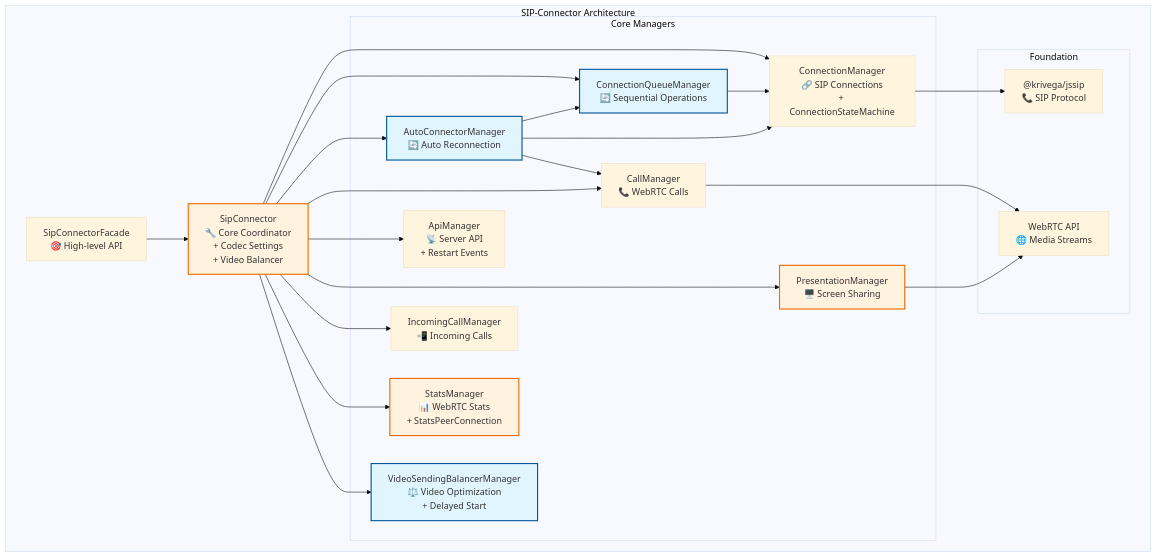
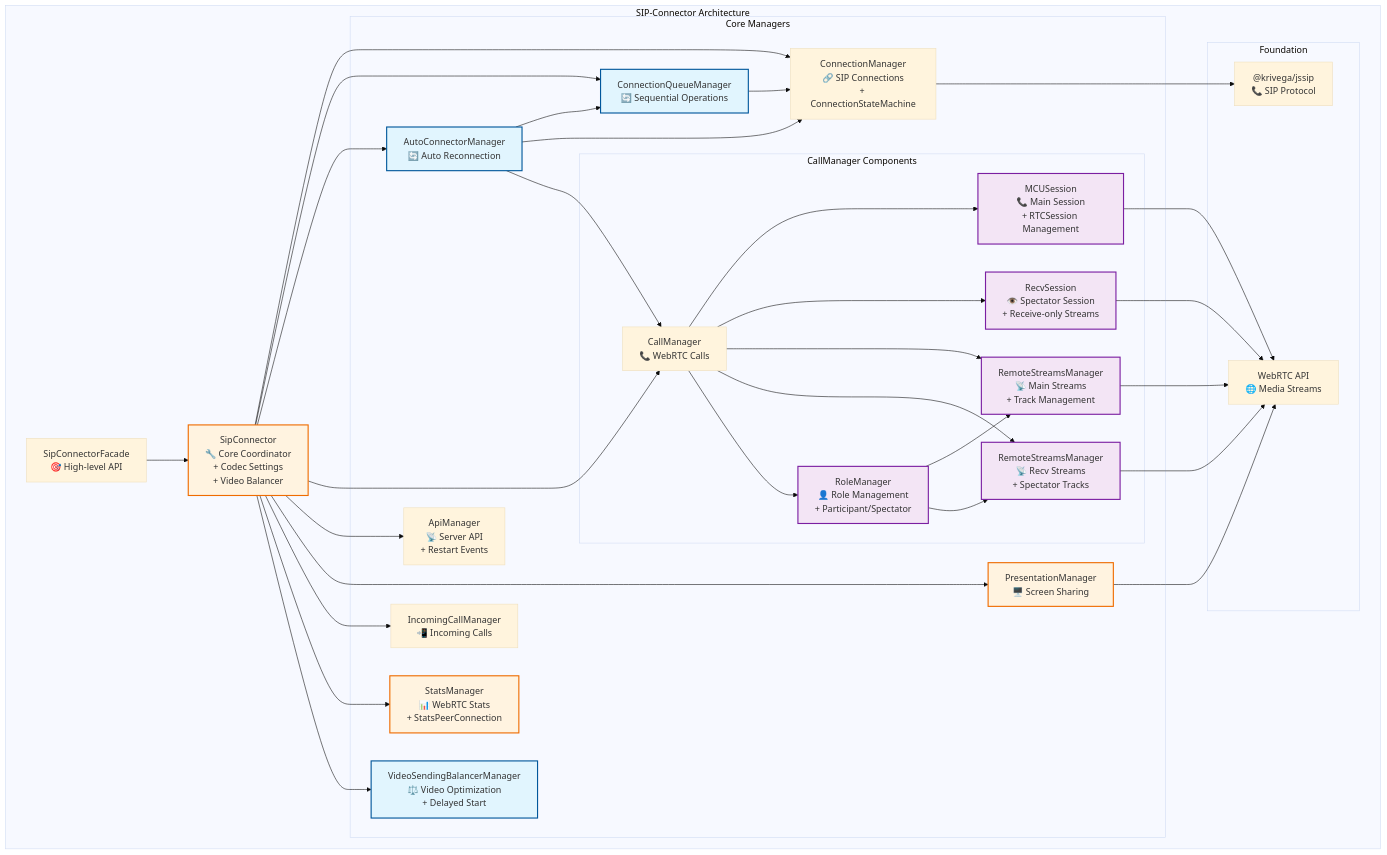
The diagram in docs/arch.md (Krivega/sip-connector), drawn with Mermaid (base theme) before and after one commit. The commit also changed other lines of this file and 74 other files, not shown here.

````diff
--- a/docs/arch.md
+++ b/docs/arch.md
@@ -207,49 +245,75 @@
 ```mermaid
 graph TB
     subgraph "SIP-Connector Architecture"
         A["SipConnectorFacade<br/>🎯 High-level API"]
         B["SipConnector<br/>🔧 Core Coordinator<br/>+ Codec Settings<br/>+ Video Balancer"]
 
         subgraph "Core Managers"
             C["ConnectionManager<br/>🔗 SIP Connections<br/>+ ConnectionStateMachine"]
-            D["CallManager<br/>📞 WebRTC Calls"]
+
+            subgraph "CallManager Components"
+                D["CallManager<br/>📞 WebRTC Calls"]
+                D1["MCUSession<br/>📞 Main Session<br/>+ RTCSession Management"]
+                D2["RecvSession<br/>👁️ Spectator Session<br/>+ Receive-only Streams"]
+                D3["RemoteStreamsManager<br/>📡 Main Streams<br/>+ Track Management"]
+                D4["RemoteStreamsManager<br/>📡 Recv Streams<br/>+ Spectator Tracks"]
+                D5["RoleManager<br/>👤 Role Management<br/>+ Participant/Spectator"]
+            end
+
             E["ApiManager<br/>📡 Server API<br/>+ Restart Events"]
             F["PresentationManager<br/>🖥️ Screen Sharing"]
             G["IncomingCallManager<br/>📲 Incoming Calls"]
             H["StatsManager<br/>📊 WebRTC Stats<br/>+ StatsPeerConnection"]
             I["VideoSendingBalancerManager<br/>⚖️ Video Optimization<br/>+ Delayed Start"]
             K["ConnectionQueueManager<br/>🔄 Sequential Operations"]
             L["AutoConnectorManager<br/>🔄 Auto Reconnection"]
         end
 
         subgraph "Foundation"
             M["@krivega/jssip<br/>📞 SIP Protocol"]
             N["WebRTC API<br/>🌐 Media Streams"]
         end
 
         A --> B
         B --> C
         B --> K
         B --> L
         B --> D
         B --> E
         B --> F
         B --> G
         B --> H
         B --> I
-        D --> N
+
+        D --> D1
+        D --> D2
+        D --> D3
+        D --> D4
+        D --> D5
+        D1 --> N
+        D2 --> N
+        D3 --> N
+        D4 --> N
+        D5 --> D3
+        D5 --> D4
+
         F --> N
         C --> M
         K --> C
         L --> K
         L --> C
         L --> D
     end
 
     style I fill:#e1f5fe,stroke:#01579b,stroke-width:2px
     style K fill:#e1f5fe,stroke:#01579b,stroke-width:2px
     style L fill:#e1f5fe,stroke:#01579b,stroke-width:2px
     style B fill:#fff3e0,stroke:#ef6c00,stroke-width:2px
     style F fill:#fff3e0,stroke:#ef6c00,stroke-width:2px
     style H fill:#fff3e0,stroke:#ef6c00,stroke-width:2px
+    style D1 fill:#f3e5f5,stroke:#7b1fa2,stroke-width:2px
+    style D2 fill:#f3e5f5,stroke:#7b1fa2,stroke-width:2px
+    style D3 fill:#f3e5f5,stroke:#7b1fa2,stroke-width:2px
+    style D4 fill:#f3e5f5,stroke:#7b1fa2,stroke-width:2px
+    style D5 fill:#f3e5f5,stroke:#7b1fa2,stroke-width:2px
 ```
````
